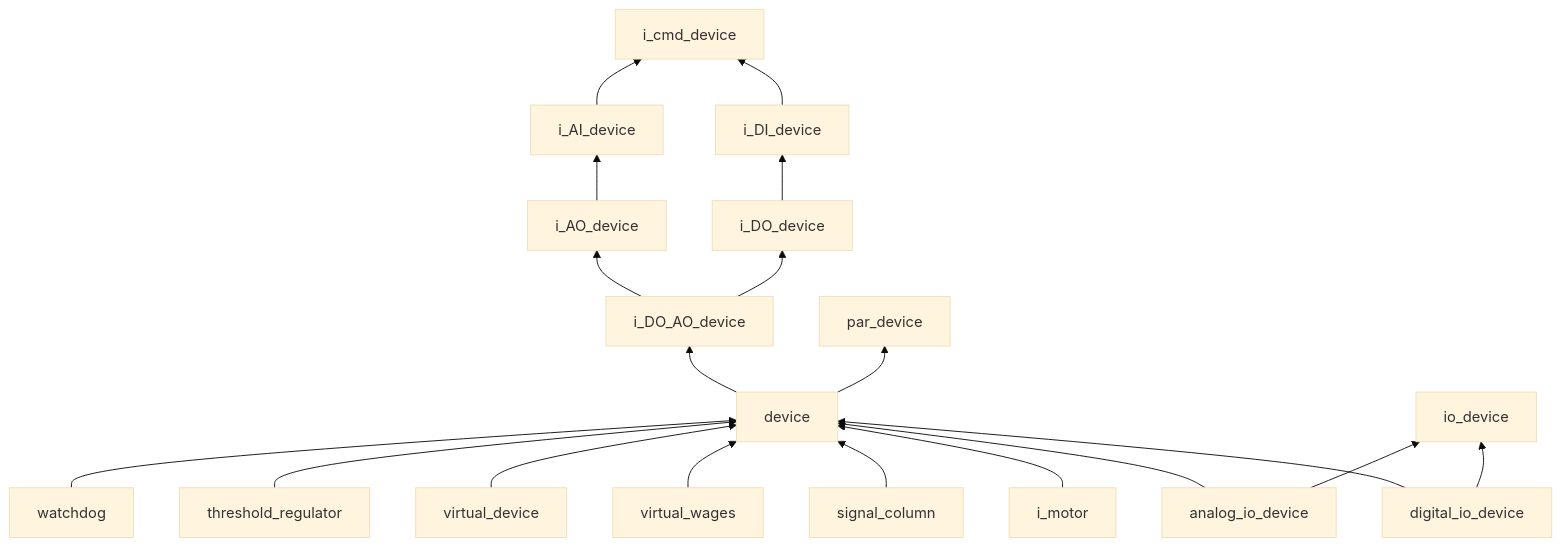
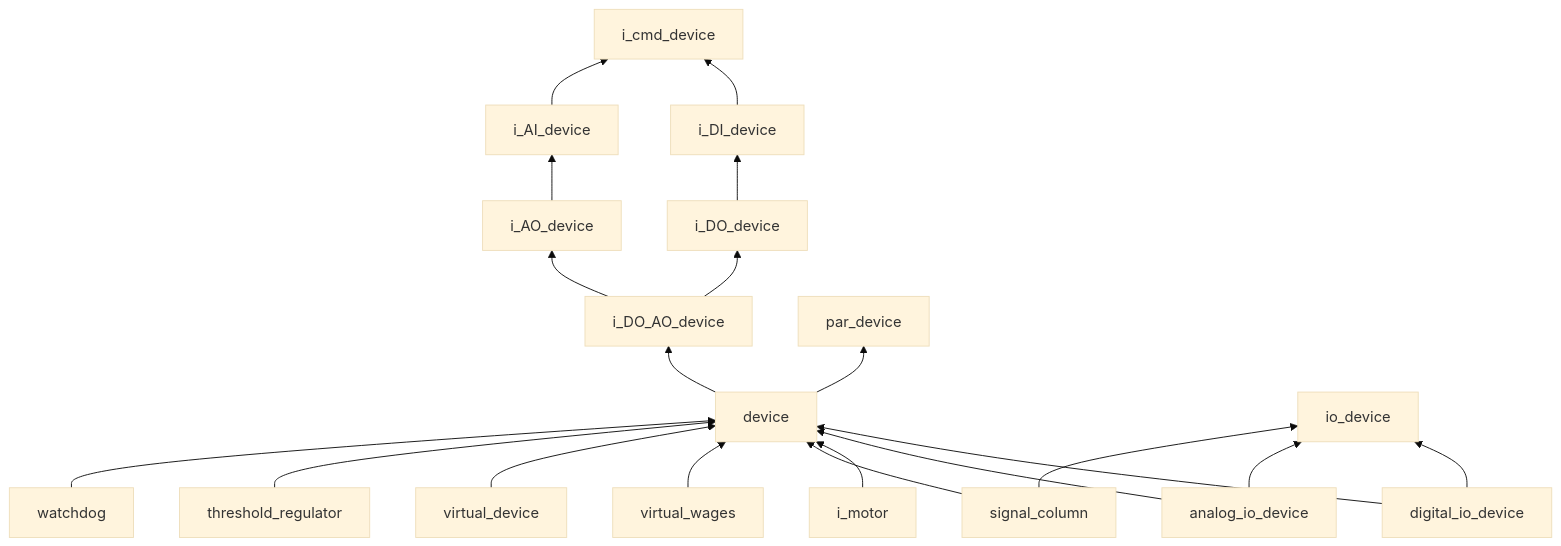
The first of 11 diagrams in docs/class_scheme/readme.md (savushkin-r-d/ptusa_main), drawn with Mermaid (base theme) before and after one commit.

Commit message:
[review] Fixes diagram

````diff
--- a/docs/class_scheme/readme.md
+++ b/docs/class_scheme/readme.md
@@ -3,21 +3,22 @@
 ```mermaid
 flowchart BT
     device[device] --> i_DO_AO_device[i_DO_AO_device]
     device --> par_device[par_device]
     i_DO_device[i_DO_device] --> i_DI_device[i_DI_device]
     i_AO_device[i_AO_device] --> i_AI_device[i_AI_device]
     i_DI_device --> i_cmd_device[i_cmd_device]
     i_AI_device --> i_cmd_device
     i_DO_AO_device --> i_AO_device
     i_DO_AO_device --> i_DO_device
     digital_io_device[digital_io_device] --> device
     digital_io_device --> io_device[io_device]
     analog_io_device[analog_io_device] --> device
     analog_io_device --> io_device
     i_motor[i_motor] --> device
     signal_column[signal_column] --> device
+    signal_column --> io_device
     virtual_wages[virtual_wages] --> device
     virtual_device[virtual_device] --> device
     threshold_regulator[threshold_regulator] --> device
     watchdog[watchdog] --> device
 ```
````
